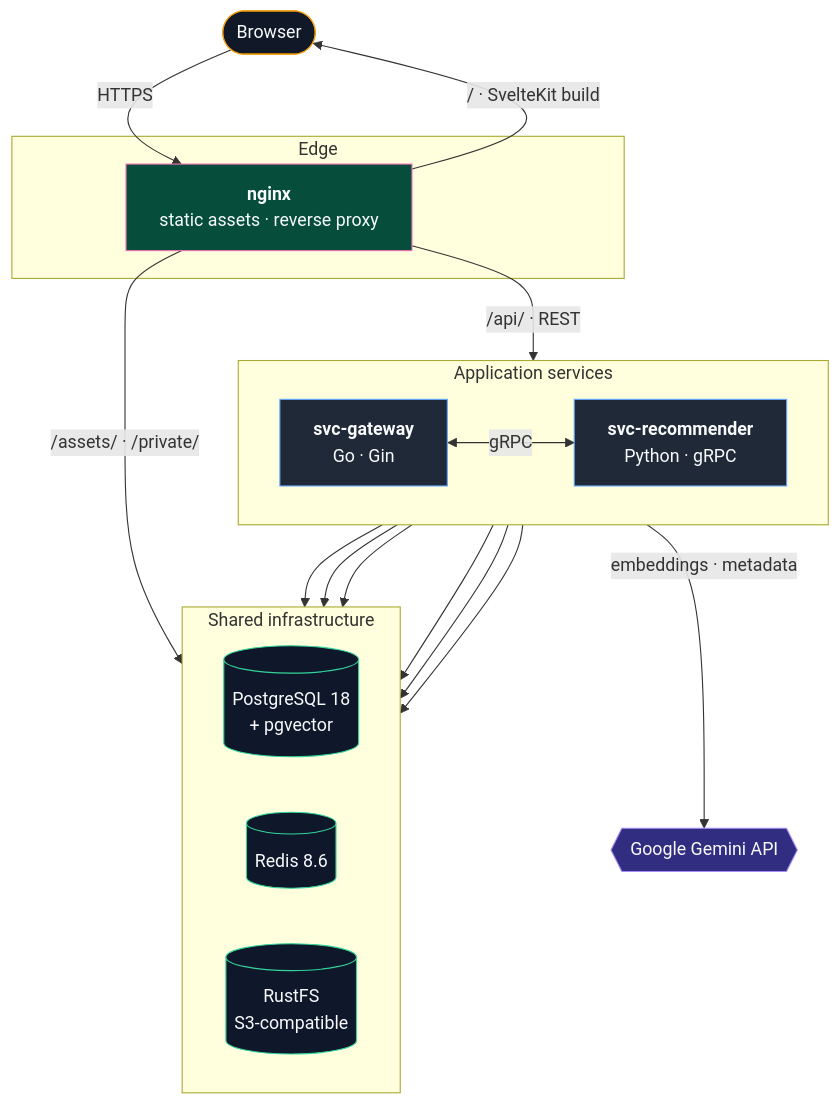
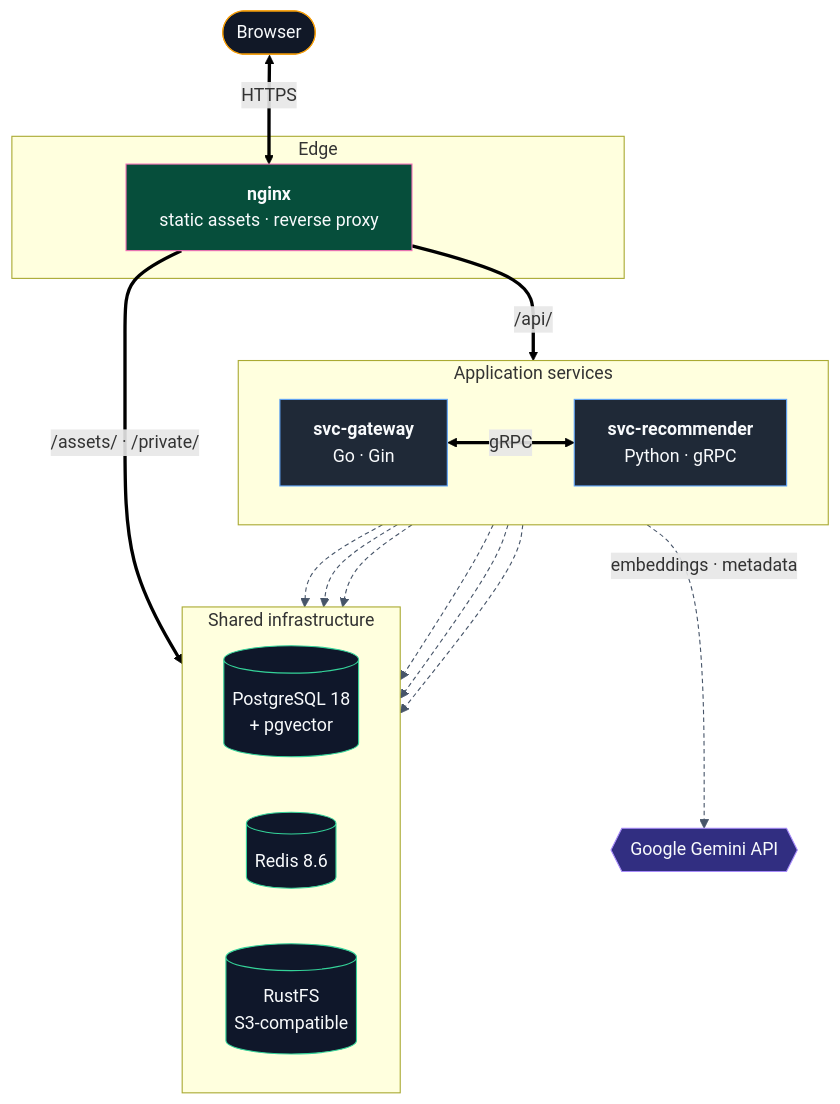
The diagram in README.md (ZureTz/sci-vault), drawn with Mermaid before and after one commit.

Commit message:
feat: enhance architecture diagram in README with improved data flow representation

````diff
--- a/README.md
+++ b/README.md
@@ -23,51 +23,56 @@
 ```mermaid
 flowchart TB
     Browser([Browser])
 
     subgraph edge["Edge"]
         Nginx["<b>nginx</b><br/>static assets · reverse proxy"]
     end
 
     subgraph services["Application services"]
         direction LR
         Gateway["<b>svc-gateway</b><br/>Go · Gin"]
         Recommender["<b>svc-recommender</b><br/>Python · gRPC"]
     end
 
     subgraph infra["Shared infrastructure"]
         direction LR
         DB[("PostgreSQL 18<br/>+ pgvector")]
         Cache[("Redis 8.6")]
         Storage[("RustFS<br/>S3-compatible")]
     end
 
     Gemini{{"Google Gemini API"}}
 
-    Browser -->|HTTPS| Nginx
-    Nginx -->|/ · SvelteKit build| Browser
-    Nginx -->|/api/ · REST| Gateway
-    Nginx -->|/assets/ · /private/| Storage
+    %% ── Main data path (user-facing request flow) ──
+    Browser <==>|HTTPS| Nginx
+    Nginx ==>|/api/| Gateway
+    Nginx ==>|/assets/ · /private/| Storage
+    Gateway <==>|gRPC| Recommender
 
-    Gateway <-->|gRPC| Recommender
+    %% ── Service ↔ infrastructure (internal) ──
+    Gateway -.-> DB
+    Gateway -.-> Cache
+    Gateway -.-> Storage
+    Recommender -.-> DB
+    Recommender -.-> Cache
+    Recommender -.-> Storage
 
-    Gateway --> DB
-    Gateway --> Cache
-    Gateway --> Storage
-
-    Recommender --> DB
-    Recommender --> Cache
-    Recommender --> Storage
-    Recommender -->|embeddings · metadata| Gemini
+    %% ── External dependency ──
+    Recommender -.->|embeddings · metadata| Gemini
 
     classDef svc fill:#1f2937,stroke:#60a5fa,stroke-width:1px,color:#f8fafc;
     classDef store fill:#0f172a,stroke:#34d399,stroke-width:1px,color:#f8fafc;
     classDef ext fill:#312e81,stroke:#a78bfa,stroke-width:1px,color:#f8fafc;
     classDef client fill:#111827,stroke:#f59e0b,stroke-width:1px,color:#f8fafc;
     classDef proxy fill:#064e3b,stroke:#f472b6,stroke-width:1px,color:#f8fafc;
 
     class Gateway,Recommender svc;
     class DB,Cache,Storage store;
     class Gemini ext;
     class Browser client;
     class Nginx proxy;
+
+    %% Highlight main data path edges in bold black, infra/external edges dimmed
+    linkStyle 0,1,2,3 stroke:#000000,stroke-width:3px;
+    linkStyle 4,5,6,7,8,9,10 stroke:#475569,stroke-width:1px,stroke-dasharray:4 3;
 ```
````
